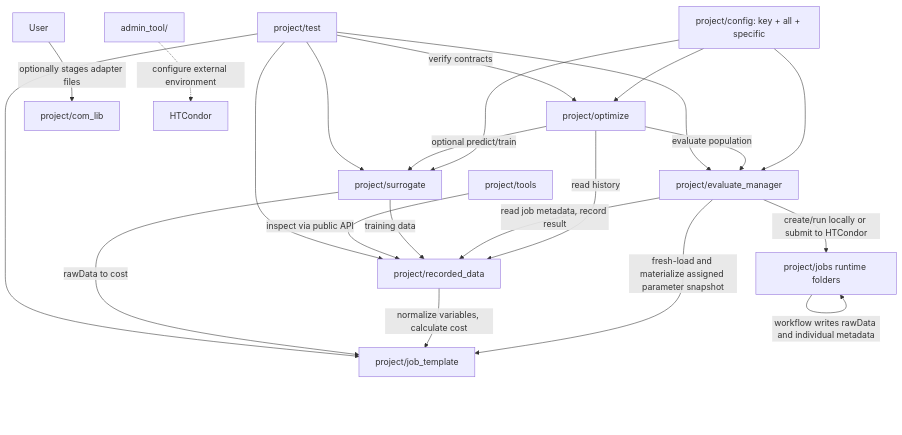
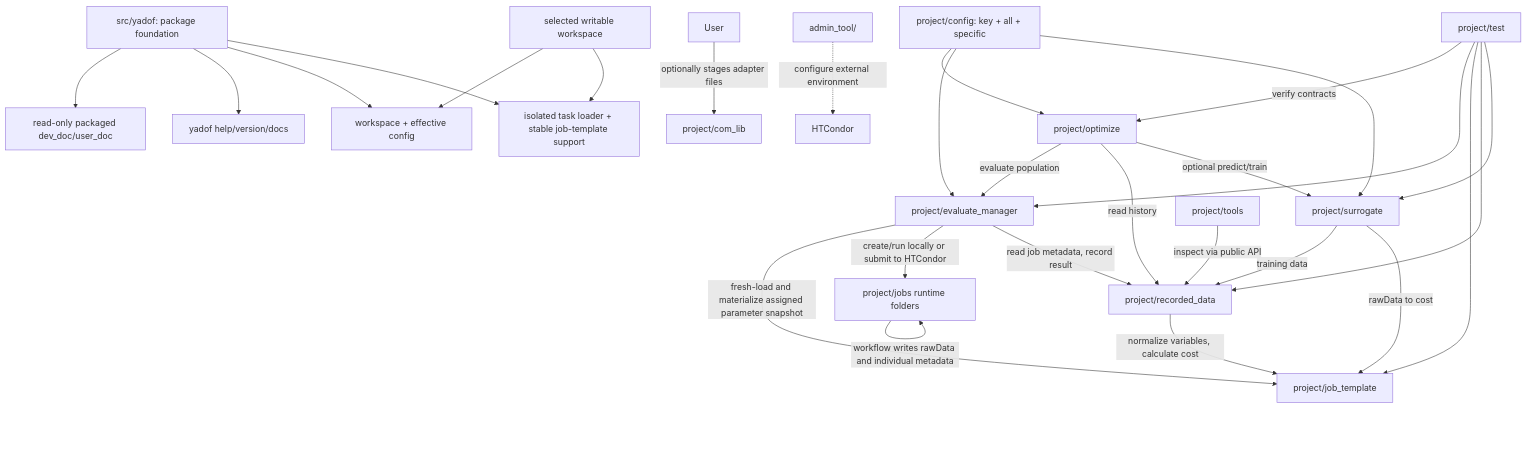
The diagram in dev_doc/architecture/c4_container.md (YS-Pan/yadof), drawn with Mermaid before and after one commit. The commit also changed other lines of this file and 47 other files, not shown here.

Commit message:
feat: add package workspace config and task loaders

````diff
--- a/dev_doc/architecture/c4_container.md
+++ b/dev_doc/architecture/c4_container.md
@@ -5,28 +5,35 @@
 ```mermaid
 flowchart TD
+    Package["src/yadof: package foundation"] --> PackageDocs["read-only packaged dev_doc/user_doc"]
+    Package --> PackageCLI["yadof help/version/docs"]
+    Package --> WorkspaceAPI["workspace + effective config"]
+    Package --> TaskAPI["isolated task loader + stable job-template support"]
+    Workspace["selected writable workspace"] --> WorkspaceAPI
+    Workspace --> TaskAPI
+
     Config["project/config: key + all + specific"] --> Optimize["project/optimize"]
     Config --> Evaluate["project/evaluate_manager"]
     Config --> Surrogate["project/surrogate"]
 
     Optimize -->|evaluate population| Evaluate
     Optimize -->|read history| Recorded["project/recorded_data"]
     Optimize -->|optional predict/train| Surrogate
 
     Evaluate -->|fresh-load and materialize assigned parameter snapshot| Template["project/job_template"]
     User -->|optionally stages adapter files| ComLib["project/com_lib"]
     Evaluate -->|create/run locally or submit to HTCondor| Jobs["project/jobs runtime folders"]
     Jobs -->|workflow writes rawData and individual metadata| Jobs
     Evaluate -->|read job metadata, record result| Recorded
 
     Recorded -->|normalize variables, calculate cost| Template
     Surrogate -->|training data| Recorded
     Surrogate -->|rawData to cost| Template
 
     Tools["project/tools"] -->|inspect via public API| Recorded
     AdminResources["admin_tool/"] -.->|configure external environment| HTCondor
     Tests["project/test"] -->|verify contracts| Optimize
     Tests --> Evaluate
     Tests --> Template
     Tests --> Recorded
     Tests --> Surrogate
 ```
````
